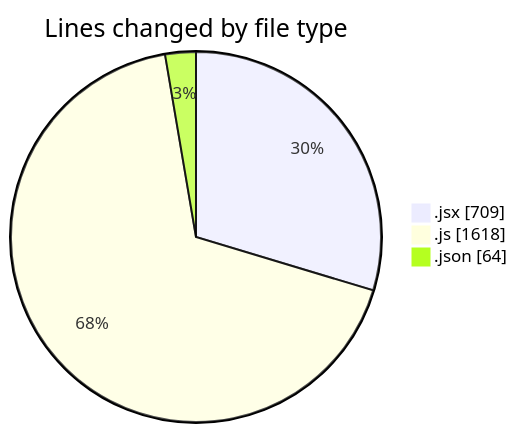
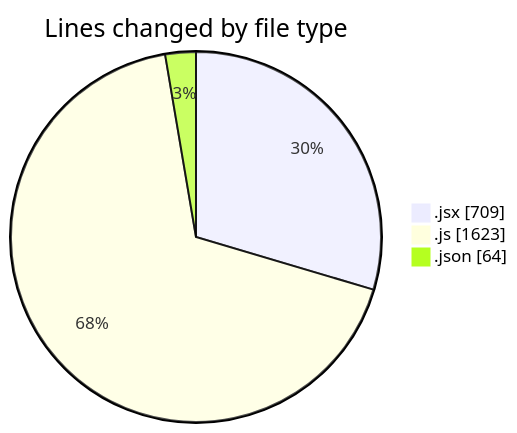
One commit to nxtqubesakshisongat/code-tracking changed the first of 2 diagrams in 2025-11-05/nxtqube_webapp/README.md. Above: the diagram before and after it, drawn with Mermaid. The commit also changed other lines of this file and 1 other file, not shown here.

````diff
--- a/2025-11-05/nxtqube_webapp/README.md
+++ b/2025-11-05/nxtqube_webapp/README.md
@@ -30,7 +30,7 @@
 ```mermaid
 pie showData
 title Lines changed by file type
 ".jsx" : 709
-".js" : 1618
+".js" : 1623
 ".json" : 64
 ```
````
